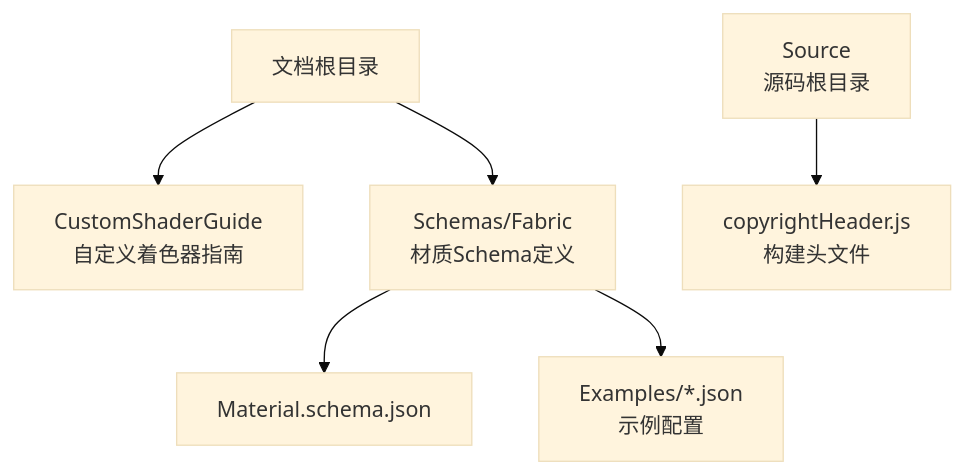
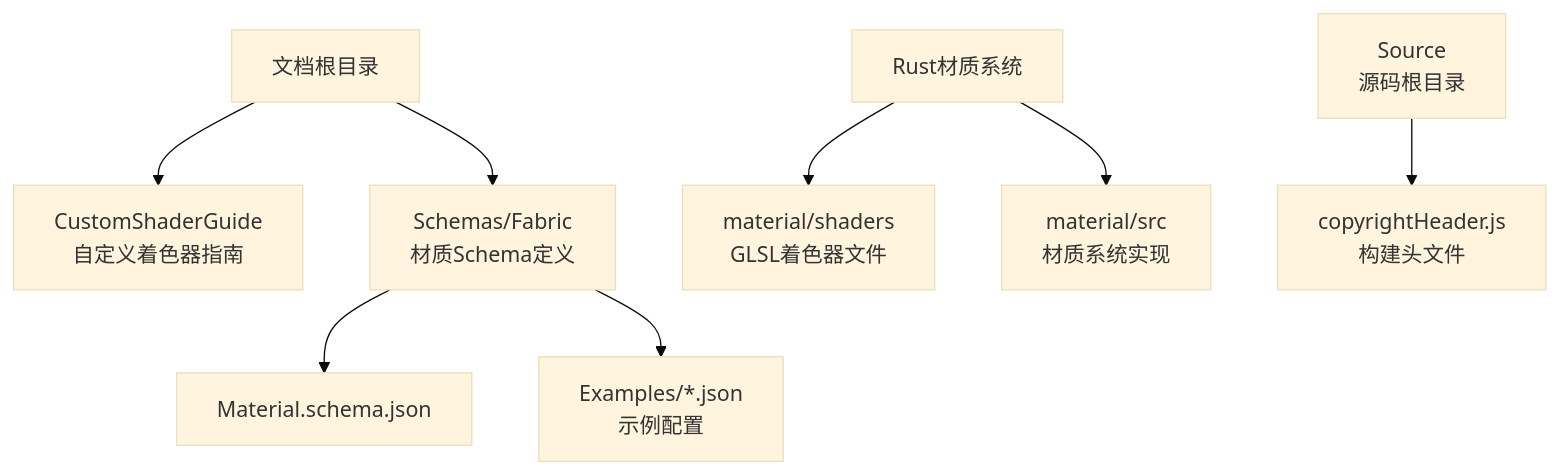
The first of 3 diagrams in .qoder/repowiki/zh/content/项目概述/核心特性/3D渲染引擎/着色器系统.md (rzhangjing/cesium), drawn with Mermaid (base theme) before and after one commit. The commit also changed other lines of this file and 52 other files, not shown here.

````diff
--- a/.qoder/repowiki/zh/content/项目概述/核心特性/3D渲染引擎/着色器系统.md
+++ b/.qoder/repowiki/zh/content/项目概述/核心特性/3D渲染引擎/着色器系统.md
@@ -35,8 +48,10 @@
 ```mermaid
 graph TB
 A["文档根目录"] --> B["CustomShaderGuide<br/>自定义着色器指南"]
 A --> C["Schemas/Fabric<br/>材质Schema定义"]
 C --> C1["Material.schema.json"]
 C --> C2["Examples/*.json<br/>示例配置"]
-D["Source<br/>源码根目录"] --> E["copyrightHeader.js<br/>构建头文件"]
+D["Rust材质系统"] --> E["material/shaders<br/>GLSL着色器文件"]
+D --> F["material/src<br/>材质系统实现"]
+G["Source<br/>源码根目录"] --> H["copyrightHeader.js<br/>构建头文件"]
 ```
````
